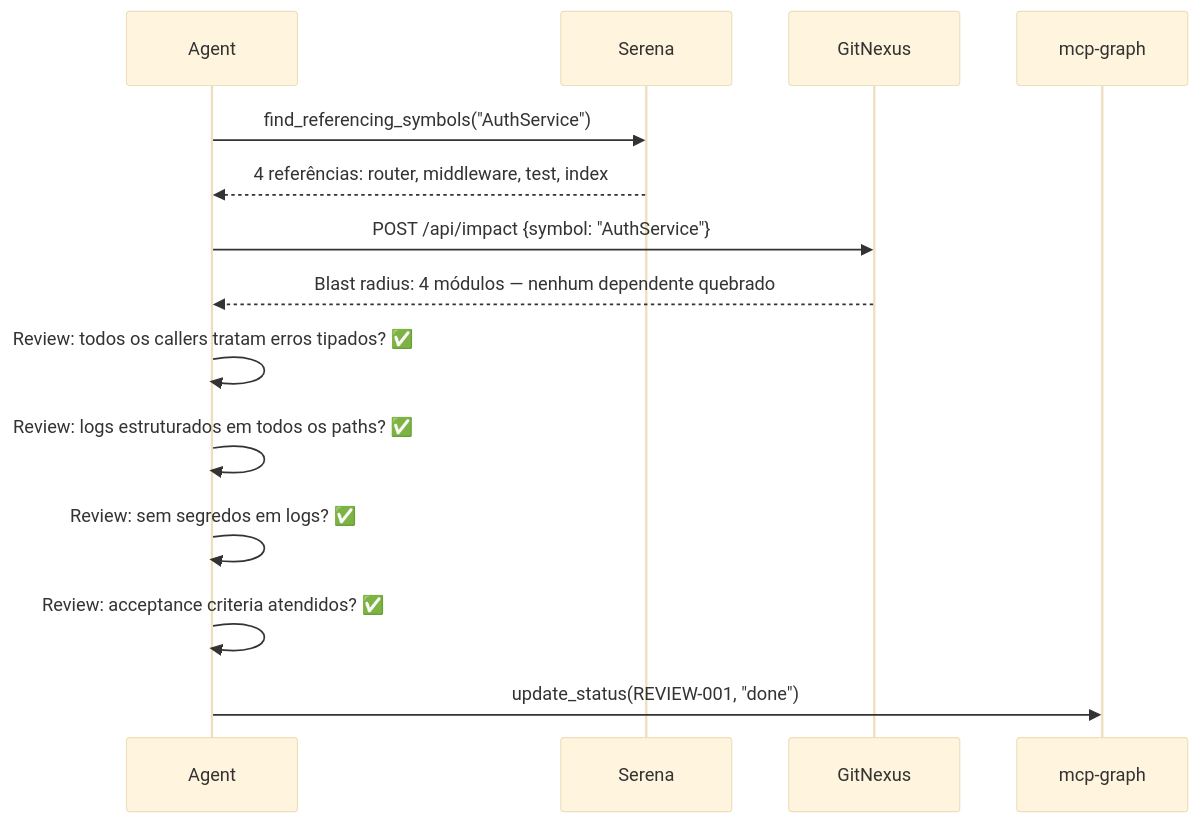
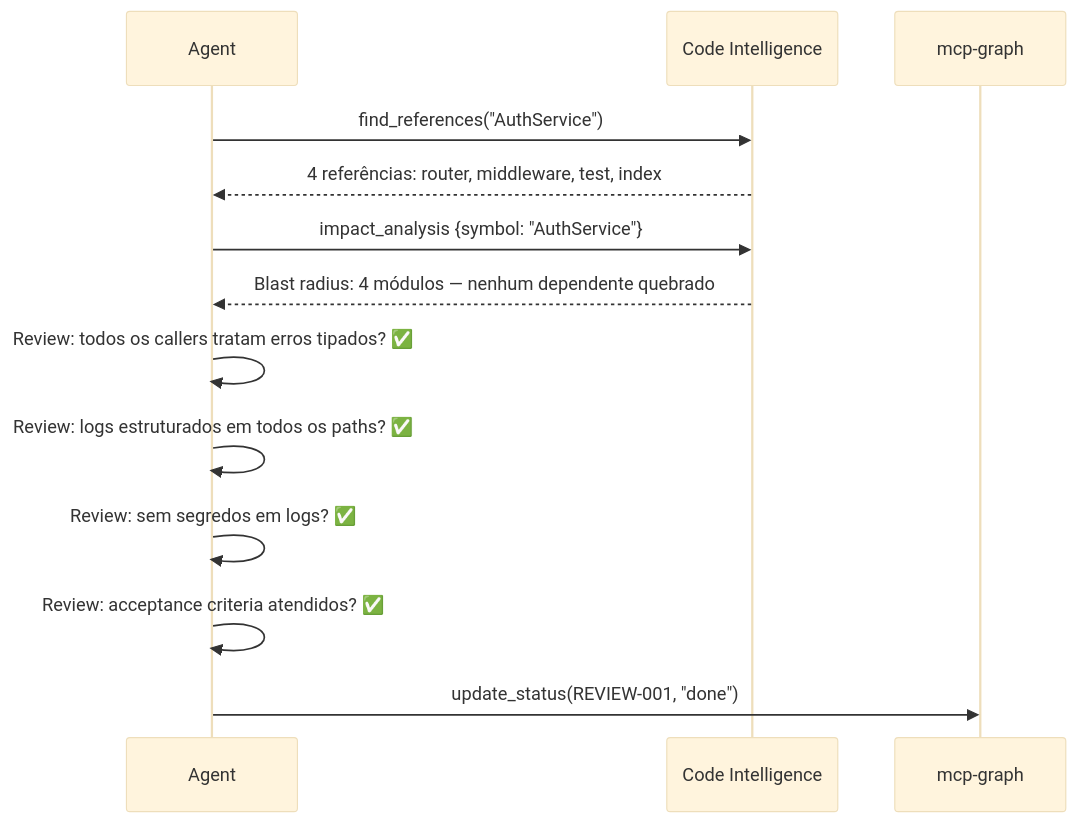
One commit to sraphaz/mcp-graph-workflow changed diagram 11 of 19 in docs/LIFECYCLE.md. Above: the diagram before and after it, drawn with Mermaid (base theme). The commit also changed other lines of this file and 17 other files, not shown here.

````diff
--- a/docs/LIFECYCLE.md
+++ b/docs/LIFECYCLE.md
@@ -418,17 +416,16 @@
 ```mermaid
 sequenceDiagram
     participant A as Agent
-    participant Serena as Serena
-    participant GN as GitNexus
+    participant CI as Code Intelligence
     participant MCP as mcp-graph
 
-    A->>Serena: find_referencing_symbols("AuthService")
-    Serena-->>A: 4 referências: router, middleware, test, index
-    A->>GN: POST /api/impact {symbol: "AuthService"}
-    GN-->>A: Blast radius: 4 módulos — nenhum dependente quebrado
+    A->>CI: find_references("AuthService")
+    CI-->>A: 4 referências: router, middleware, test, index
+    A->>CI: impact_analysis {symbol: "AuthService"}
+    CI-->>A: Blast radius: 4 módulos — nenhum dependente quebrado
     A->>A: Review: todos os callers tratam erros tipados? ✅
     A->>A: Review: logs estruturados em todos os paths? ✅
     A->>A: Review: sem segredos em logs? ✅
     A->>A: Review: acceptance criteria atendidos? ✅
     A->>MCP: update_status(REVIEW-001, "done")
 ```
````
